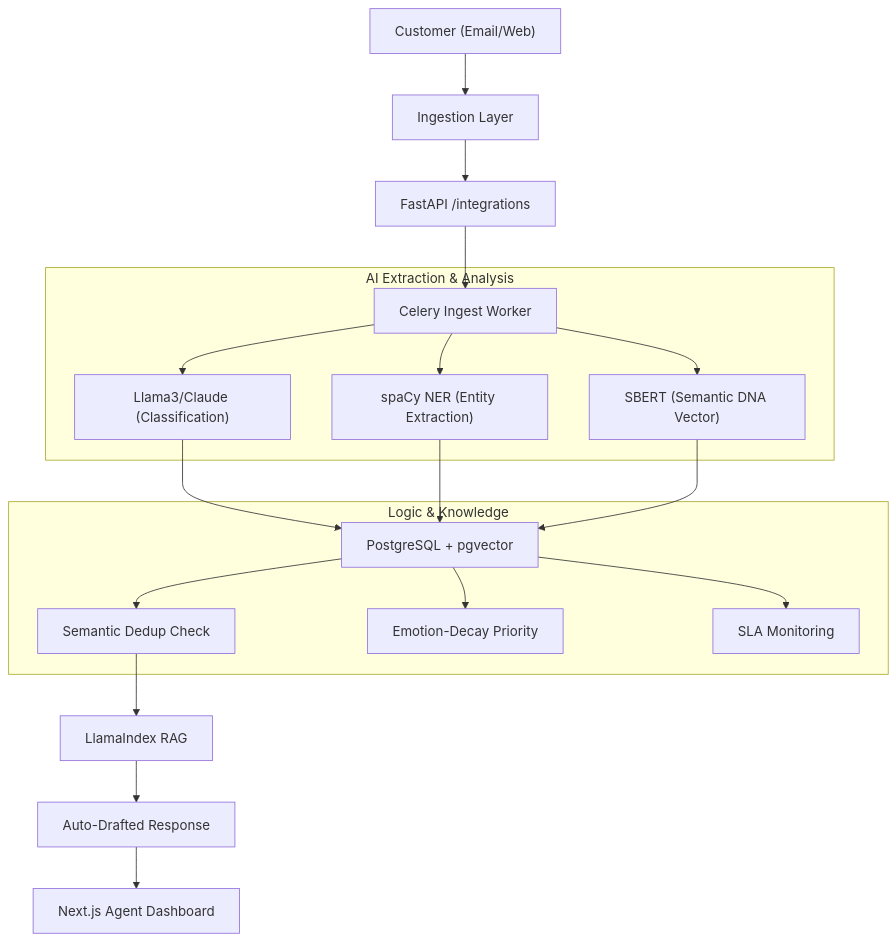
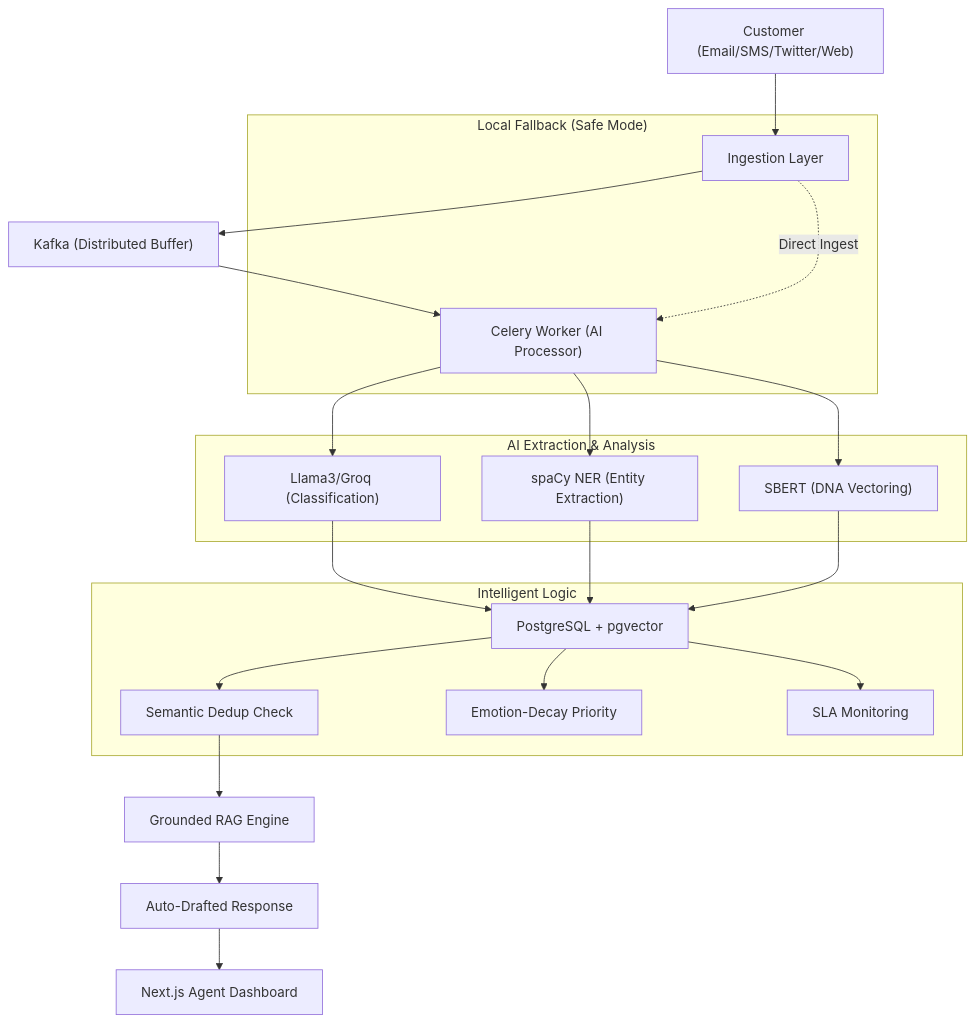
Before and after one commit to kshitijsingh1-tech/CREST: the diagram in README.md, drawn with Mermaid. The commit also changed other lines of this file and 10 other files, not shown here.

````diff
--- a/README.md
+++ b/README.md
@@ -20,26 +20,30 @@
 ```mermaid
 graph TD
-    A["Customer (Email/Web)"] --> B["Ingestion Layer"]
-    B --> C["FastAPI /integrations"]
-    C --> D["Celery Ingest Worker"]
+    A["Customer (Email/SMS/Twitter/Web)"] --> B["Ingestion Layer"]
+    B --> C["Kafka (Distributed Buffer)"]
+    C --> D["Celery Worker (AI Processor)"]
     
+    subgraph "Local Fallback (Safe Mode)"
+        B -.->|Direct Ingest| D
+    end
+
     subgraph "AI Extraction & Analysis"
-        D --> E["Llama3/Claude (Classification)"]
+        D --> E["Llama3/Groq (Classification)"]
         D --> F["spaCy NER (Entity Extraction)"]
-        D --> G["SBERT (Semantic DNA Vector)"]
+        D --> G["SBERT (DNA Vectoring)"]
     end
     
     E --> H["PostgreSQL + pgvector"]
     F --> H
     G --> H
     
-    subgraph "Logic & Knowledge"
+    subgraph "Intelligent Logic"
         H --> I["Semantic Dedup Check"]
         H --> J["Emotion-Decay Priority"]
         H --> K["SLA Monitoring"]
     end
     
-    I --> L["LlamaIndex RAG"]
+    I --> L["Grounded RAG Engine"]
     L --> M["Auto-Drafted Response"]
     M --> N["Next.js Agent Dashboard"]
 ```
````
